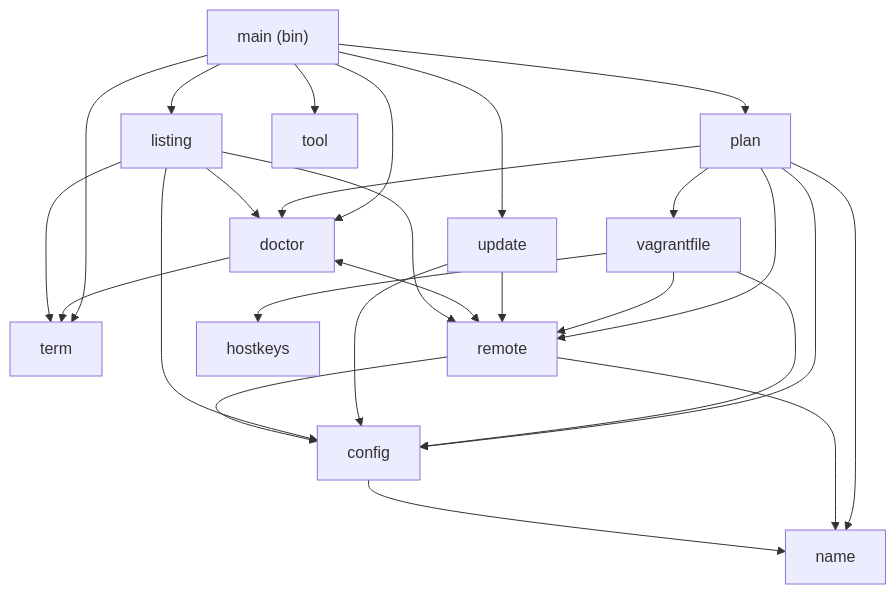
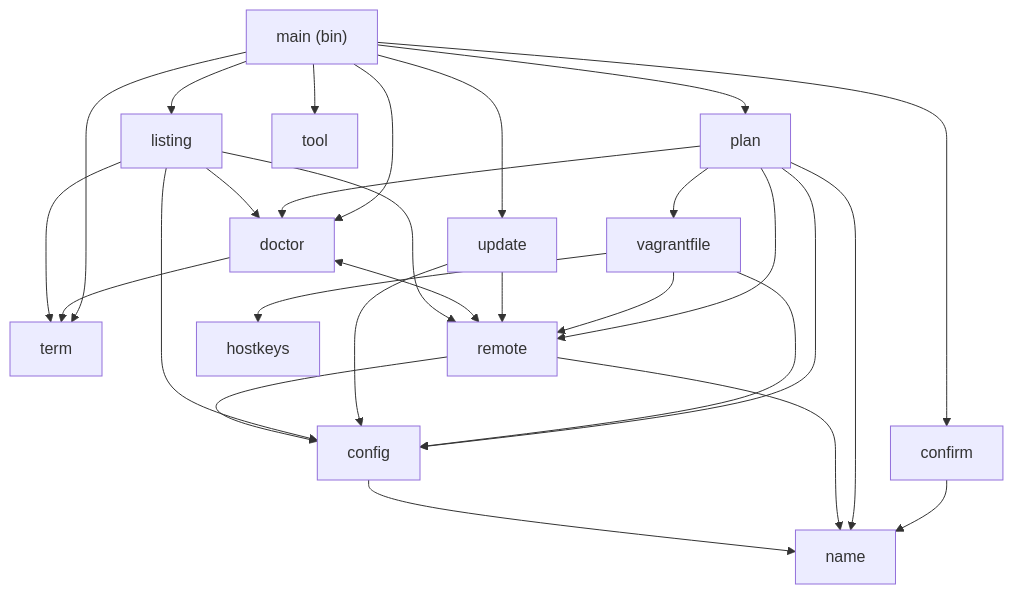
Before and after one commit to breki/bombyx: the second of 6 diagrams in docs/architecture.md, drawn with Mermaid. The commit also changed other lines of this file and 16 other files, not shown here.

````diff
--- a/docs/architecture.md
+++ b/docs/architecture.md
@@ -85,36 +84,39 @@
 ```mermaid
 flowchart TD
   main["main (bin)"]
 
   main --> plan
   main --> update
   main --> doctor
   main --> listing
   main --> term
   main --> tool
+  main --> confirm
+
+  confirm --> name
 
   plan --> vagrantfile
   plan --> doctor
   plan --> remote
   plan --> config
   plan --> name
 
   vagrantfile --> remote
   vagrantfile --> config
   vagrantfile --> hostkeys
 
   update --> remote
   update --> config
 
   doctor <--> remote
   doctor --> term
 
   listing --> remote
   listing --> config
   listing --> doctor
   listing --> term
 
   remote --> config
   remote --> name
   config --> name
 ```
````
